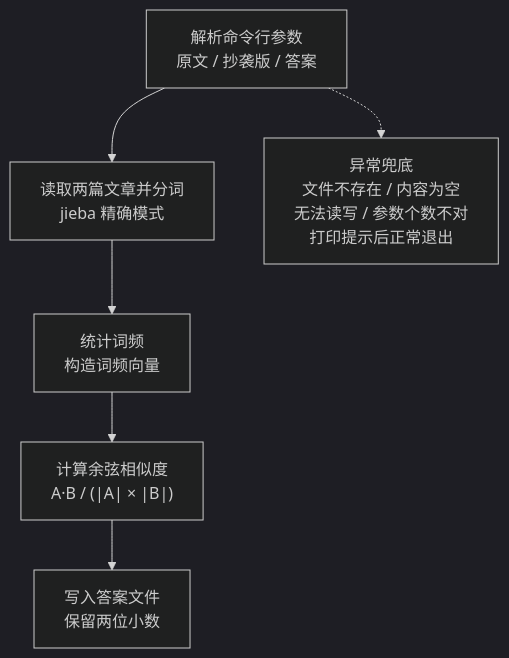
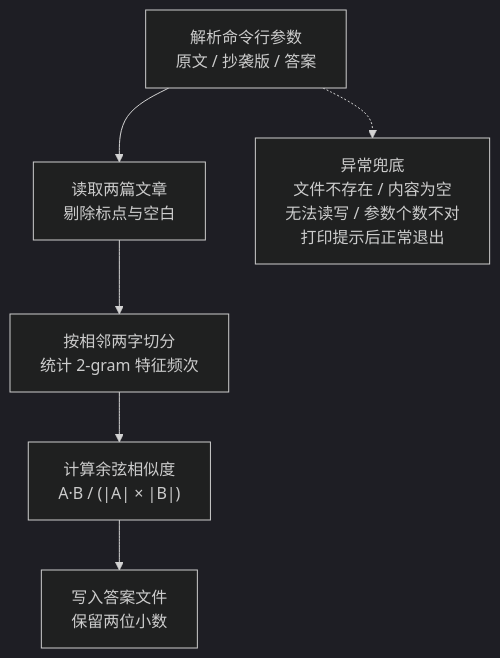
One commit to ttr-rui/TTR-rui changed the second of 2 diagrams in 3224004344/doc/设计文档.md. Above: the diagram before and after it, drawn with Mermaid (dark theme). The commit also changed other lines of this file, not shown here.

````diff
--- a/3224004344/doc/设计文档.md
+++ b/3224004344/doc/设计文档.md
@@ -58,8 +81,8 @@
 ```mermaid
 flowchart TD
-    A["解析命令行参数<br/>原文 / 抄袭版 / 答案"] --> B["读取两篇文章并分词<br/>jieba 精确模式"]
-    B --> C["统计词频<br/>构造词频向量"]
+    A["解析命令行参数<br/>原文 / 抄袭版 / 答案"] --> B["读取两篇文章<br/>剔除标点与空白"]
+    B --> C["按相邻两字切分<br/>统计 2-gram 特征频次"]
     C --> D["计算余弦相似度<br/>A·B / (|A| × |B|)"]
     D --> E["写入答案文件<br/>保留两位小数"]
     A -.-> X["异常兜底<br/>文件不存在 / 内容为空<br/>无法读写 / 参数个数不对<br/>打印提示后正常退出"]
 ```
````
